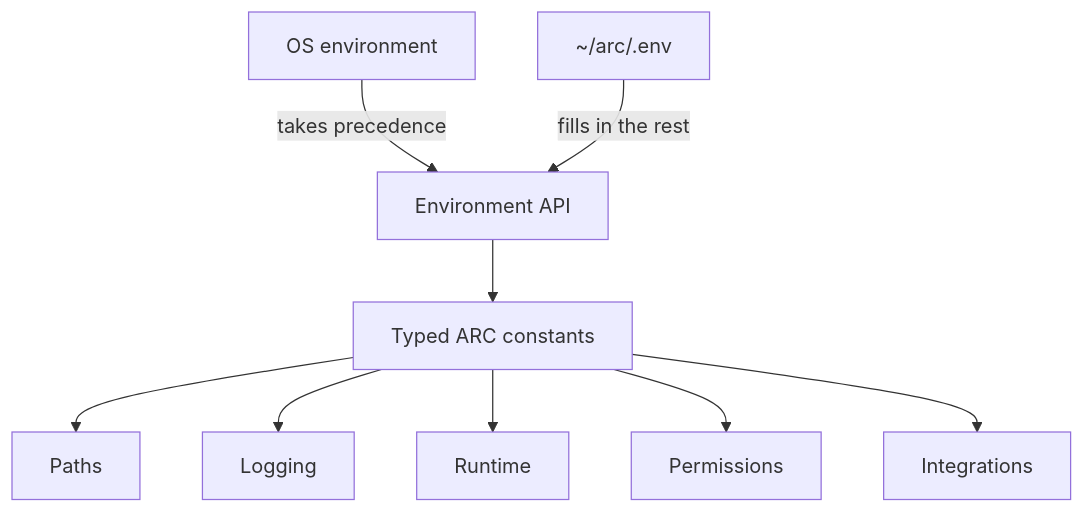
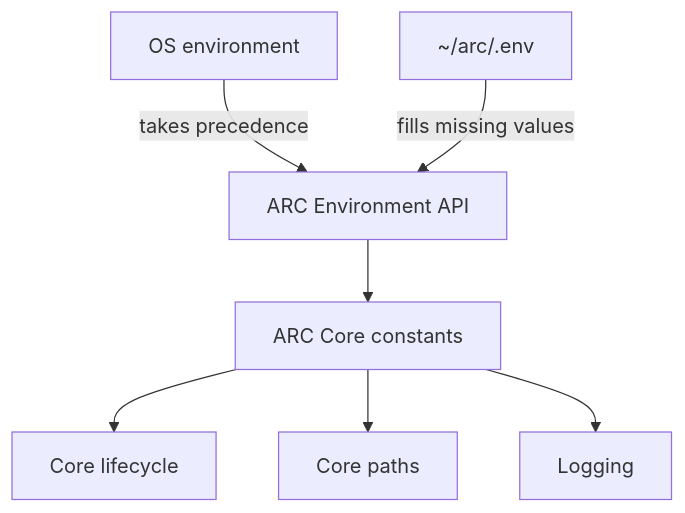
Before and after one commit to ARC-V2-AI/ARC-V2-Core: the diagram in docs/CONSTANTS.md, drawn with Mermaid. The commit also changed other lines of this file and 12 other files, not shown here.

````diff
--- a/docs/CONSTANTS.md
+++ b/docs/CONSTANTS.md
@@ -123,11 +95,10 @@
 ```mermaid
 flowchart TD
-    OS["OS environment"] -->|takes precedence| API["Environment API"]
-    DOTENV["~/arc/.env"] -->|fills in the rest| API
-    API --> CONST["Typed ARC constants"]
-    CONST --> Paths
-    CONST --> Logging
-    CONST --> Runtime
-    CONST --> Permissions
-    CONST --> Integrations
+    OS["OS environment"] -->|takes precedence| ENV["ARC Environment API"]
+    DOTENV["~/arc/.env"] -->|fills missing values| ENV
+    ENV --> CONST["ARC Core constants"]
+
+    CONST --> SYSTEM["Core lifecycle"]
+    CONST --> PATHS["Core paths"]
+    CONST --> LOGGING["Logging"]
 ```
````
